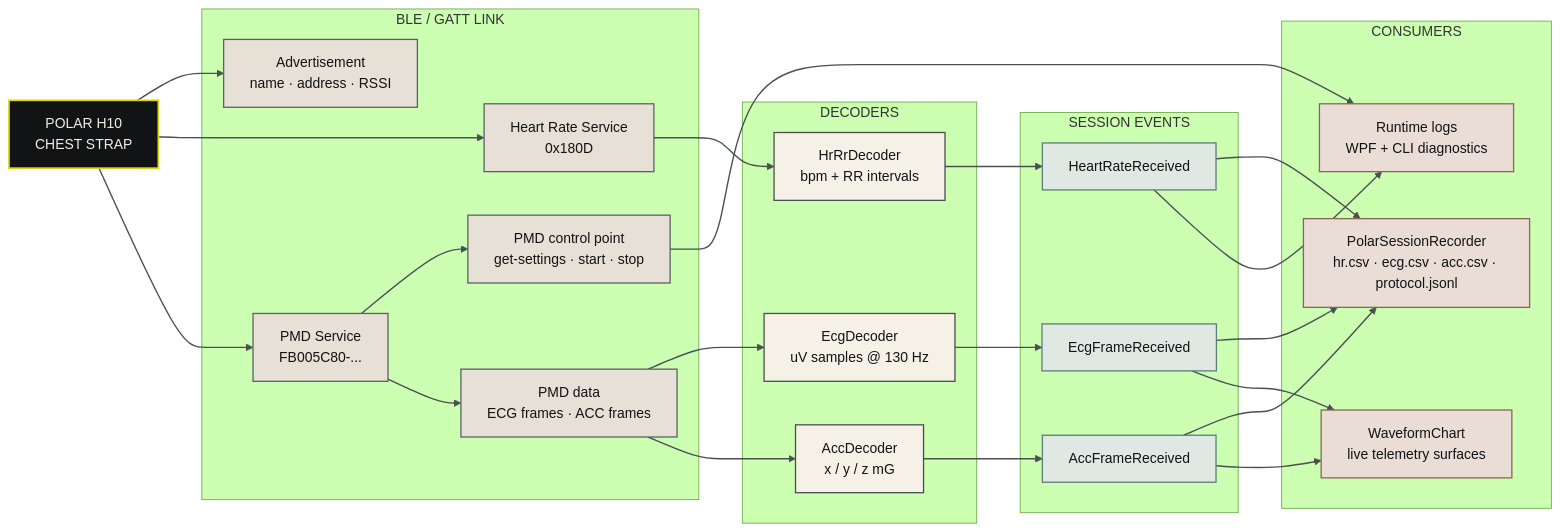
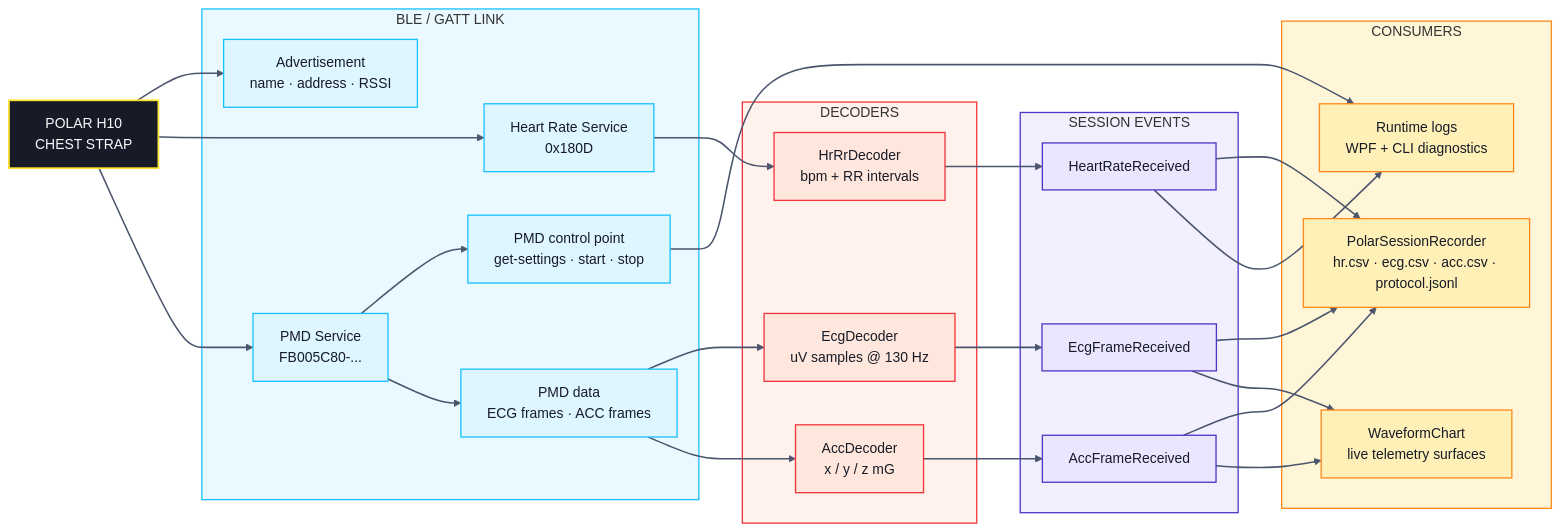
Before and after one commit to MesmerPrism/PolarH10: the third of 3 diagrams in README.md, drawn with Mermaid (forest theme). The commit also changed other lines of this file and 15 other files, not shown here.

Commit message:
Reframe site around app and intensify diagram palette

````diff
--- a/README.md
+++ b/README.md
@@ -174,60 +186,65 @@
 ```mermaid
 flowchart LR
     H10["POLAR H10<br/>CHEST STRAP"]
 
     subgraph Link["BLE / GATT LINK"]
         ADV["Advertisement<br/>name · address · RSSI"]
         HRS["Heart Rate Service<br/>0x180D"]
         PMD["PMD Service<br/>FB005C80-..."]
         CTRL["PMD control point<br/>get-settings · start · stop"]
         DATA["PMD data<br/>ECG frames · ACC frames"]
     end
 
     subgraph Decode["DECODERS"]
         DHR["HrRrDecoder<br/>bpm + RR intervals"]
         DECG["EcgDecoder<br/>uV samples @ 130 Hz"]
         DACC["AccDecoder<br/>x / y / z mG"]
     end
 
     subgraph Session["SESSION EVENTS"]
         SHR["HeartRateReceived"]
         SECG["EcgFrameReceived"]
         SACC["AccFrameReceived"]
     end
 
     subgraph Output["CONSUMERS"]
         REC["PolarSessionRecorder<br/>hr.csv · ecg.csv · acc.csv · protocol.jsonl"]
         CHART["WaveformChart<br/>live telemetry surfaces"]
         LOG["Runtime logs<br/>WPF + CLI diagnostics"]
     end
 
     H10 --> ADV
     H10 --> HRS
     H10 --> PMD
     PMD --> CTRL
     PMD --> DATA
 
     HRS --> DHR --> SHR
     DATA --> DECG --> SECG
     DATA --> DACC --> SACC
 
     SHR --> REC
     SECG --> REC
     SACC --> REC
     SHR --> LOG
     SECG --> CHART
     SACC --> CHART
     CTRL --> LOG
 
-    classDef hardware fill:#111315,stroke:#D8D61A,color:#F1EEE6,stroke-width:2px;
-    classDef link fill:#E7E0D6,stroke:#5B6266,color:#111315,stroke-width:1.5px;
-    classDef decode fill:#F6F1E7,stroke:#4B4F52,color:#111315,stroke-width:1.5px;
-    classDef session fill:#E0E8E4,stroke:#607C78,color:#111315,stroke-width:1.5px;
-    classDef output fill:#EADDD5,stroke:#8B6656,color:#111315,stroke-width:1.5px;
+    style Link fill:#EAF8FF,stroke:#18C2FF,stroke-width:1.5px;
+    style Decode fill:#FFF1EB,stroke:#F0343C,stroke-width:1.5px;
+    style Session fill:#F2EFFF,stroke:#4E35C5,stroke-width:1.5px;
+    style Output fill:#FFF6D8,stroke:#FF8A1A,stroke-width:1.5px;
+
+    classDef hardware fill:#171B27,stroke:#FFE22B,color:#F7FBFC,stroke-width:2px;
+    classDef link fill:#DDF6FF,stroke:#18C2FF,color:#171B27,stroke-width:1.5px;
+    classDef decode fill:#FFE7DD,stroke:#F0343C,color:#171B27,stroke-width:1.5px;
+    classDef session fill:#EAE6FF,stroke:#4E35C5,color:#171B27,stroke-width:1.5px;
+    classDef output fill:#FFF0B8,stroke:#FF8A1A,color:#171B27,stroke-width:1.5px;
     class H10 hardware;
     class ADV,HRS,PMD,CTRL,DATA link;
     class DHR,DECG,DACC decode;
     class SHR,SECG,SACC session;
     class REC,CHART,LOG output;
-    linkStyle default stroke:#4B4F52,stroke-width:1.6px;
+    linkStyle default stroke:#4B556D,stroke-width:1.8px;
 ```
````
